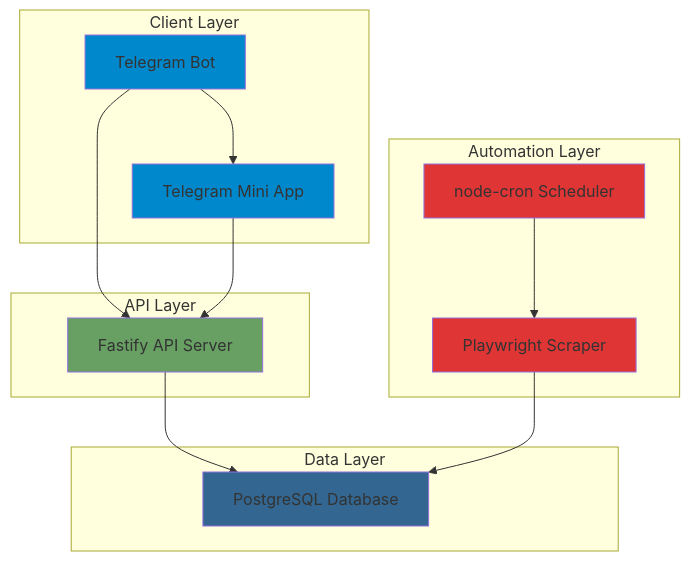
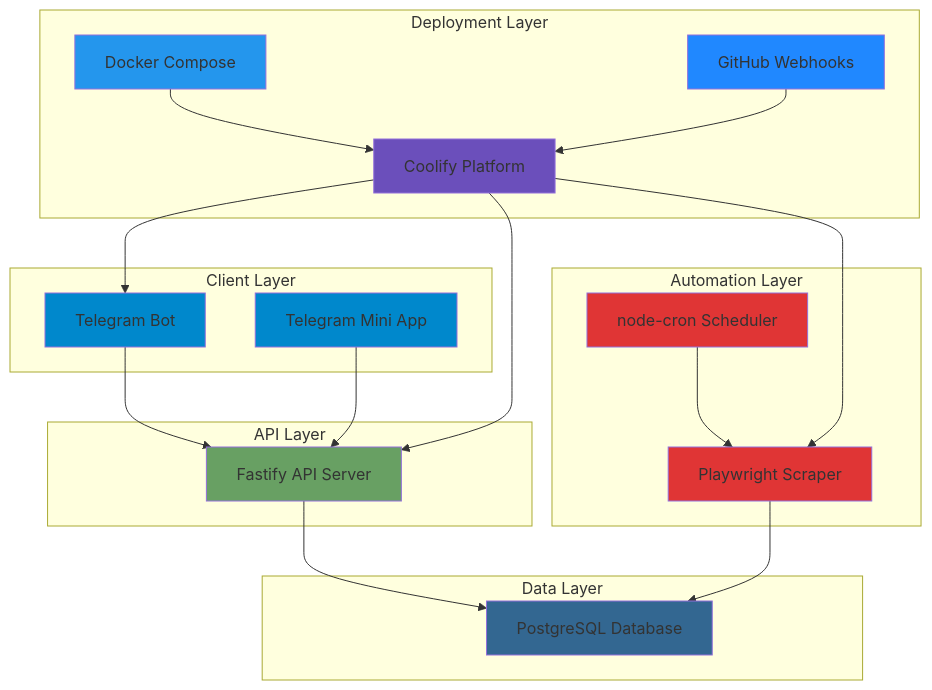
Before and after one commit to Zenderg/hookah-wishlist: the diagram in plans/01-technology-stack.md, drawn with Mermaid. The commit also changed other lines of this file and 11 other files, not shown here.

````diff
--- a/plans/01-technology-stack.md
+++ b/plans/01-technology-stack.md
@@ -252,32 +251,47 @@
 ```mermaid
 graph TB
     subgraph "Client Layer"
-        A[Telegram Bot] --> B[Telegram Mini App]
+        A[Telegram Bot]
+        B[Telegram Mini App]
     end
     
     subgraph "API Layer"
         C[Fastify API Server]
     end
     
     subgraph "Data Layer"
         D[PostgreSQL Database]
     end
     
     subgraph "Automation Layer"
         E[Playwright Scraper]
         F[node-cron Scheduler]
     end
     
+    subgraph "Deployment Layer"
+        G[Docker Compose]
+        H[Coolify Platform]
+        I[GitHub Webhooks]
+    end
+    
     A --> C
     B --> C
     C --> D
     F --> E
     E --> D
+    G --> H
+    I --> H
+    H --> C
+    H --> A
+    H --> E
     
     style A fill:#0088cc
     style B fill:#0088cc
     style C fill:#68a063
     style D fill:#336791
     style E fill:#e03535
     style F fill:#e03535
+    style G fill:#2496ed
+    style H fill:#6b4fbb
+    style I fill:#2088ff
 ```
````
